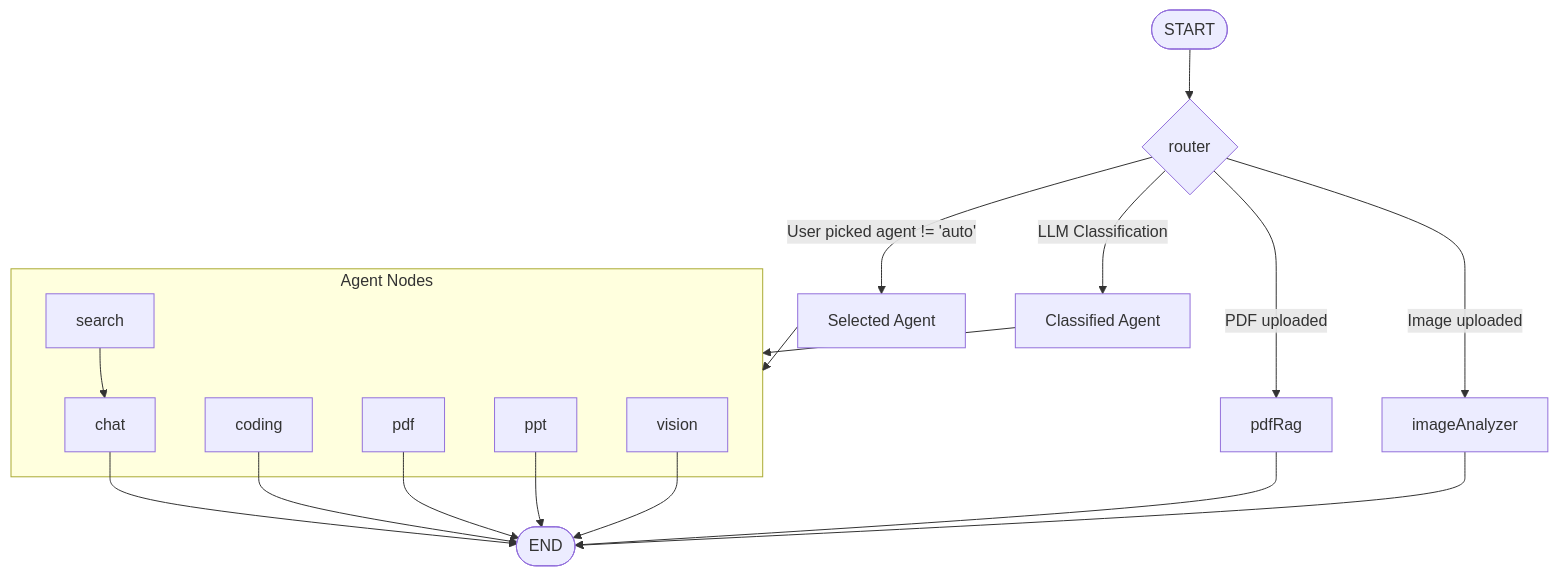
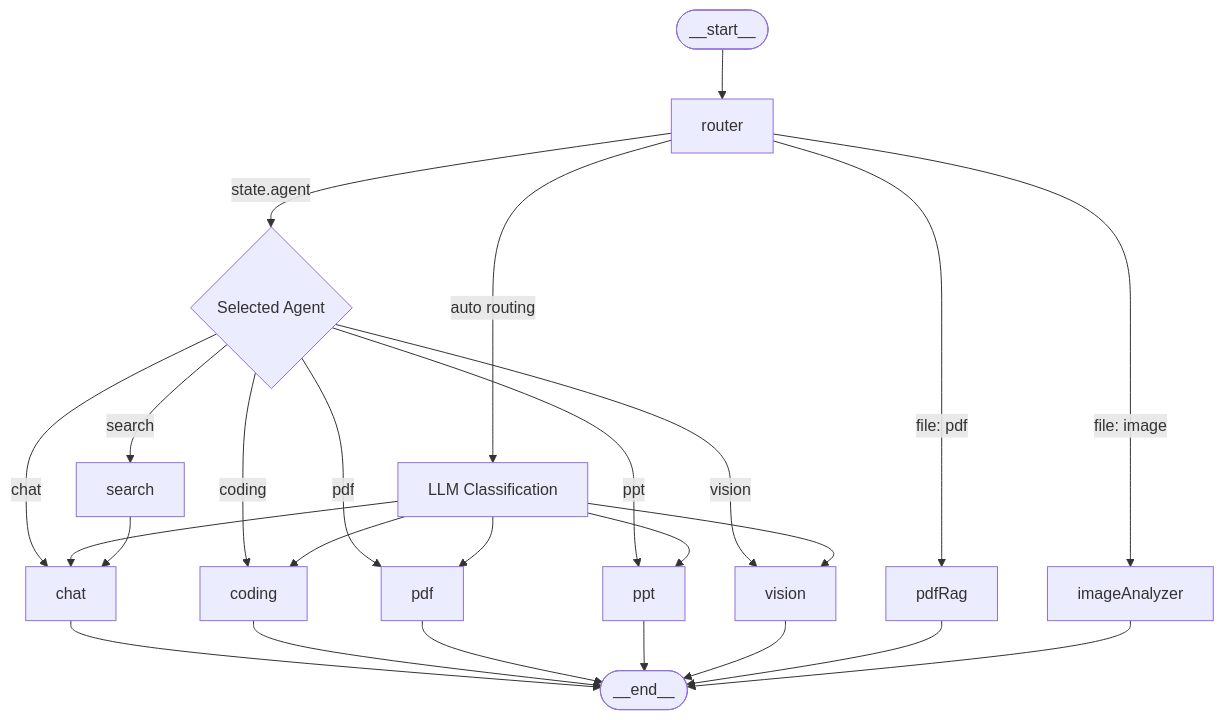
Before and after one commit to VamshiApex-07/Cotex_AI: the third of 8 diagrams in README.md, drawn with Mermaid. The commit also changed other lines of this file, not shown here.

Commit message:
docs: update README with enhanced architecture diagrams, tech stack details, and feature descriptions

````diff
--- a/README.md
+++ b/README.md
@@ -139,30 +125,30 @@
 ```mermaid
-flowchart TD
-    START([START]) --> Router{router}
+graph TB
+    START(["__start__"]) --> ROUTER["router"]
+    ROUTER -->|"state.agent"| SELECTED{Selected Agent}
+    ROUTER -->|"file: pdf"| PDFRAG["pdfRag"]
+    ROUTER -->|"file: image"| IMAGEANALYZER["imageAnalyzer"]
+    ROUTER -->|"auto routing"| CLASSIFIED["LLM Classification"]
 
-    Router -->|User picked agent != 'auto'| DirectAgent[Selected Agent]
-    Router -->|PDF uploaded| pdfRag[pdfRag]
-    Router -->|Image uploaded| imageAnalyzer[imageAnalyzer]
-    Router -->|LLM Classification| Classified[Classified Agent]
+    SELECTED -->|"chat"| CHAT["chat"]
+    SELECTED -->|"search"| SEARCH["search"]
+    SELECTED -->|"coding"| CODING["coding"]
+    SELECTED -->|"pdf"| PDF["pdf"]
+    SELECTED -->|"ppt"| PPT["ppt"]
+    SELECTED -->|"vision"| VISION["vision"]
 
-    DirectAgent --> Agents
-    Classified --> Agents
+    CLASSIFIED --> CHAT
+    CLASSIFIED --> CODING
+    CLASSIFIED --> PDF
+    CLASSIFIED --> PPT
+    CLASSIFIED --> VISION
 
-    subgraph Agents["Agent Nodes"]
-        chat[chat]
-        search[search]
-        coding[coding]
-        pdf[pdf]
-        ppt[ppt]
-        vision[vision]
-    end
-
-    search --> chat
-    chat --> END([END])
-    coding --> END
-    pdf --> END
-    ppt --> END
-    vision --> END
-    pdfRag --> END
-    imageAnalyzer --> END
+    SEARCH --> CHAT
+    CHAT --> END(["__end__"])
+    CODING --> END
+    PDF --> END
+    PPT --> END
+    VISION --> END
+    PDFRAG --> END
+    IMAGEANALYZER --> END
 ```
````
